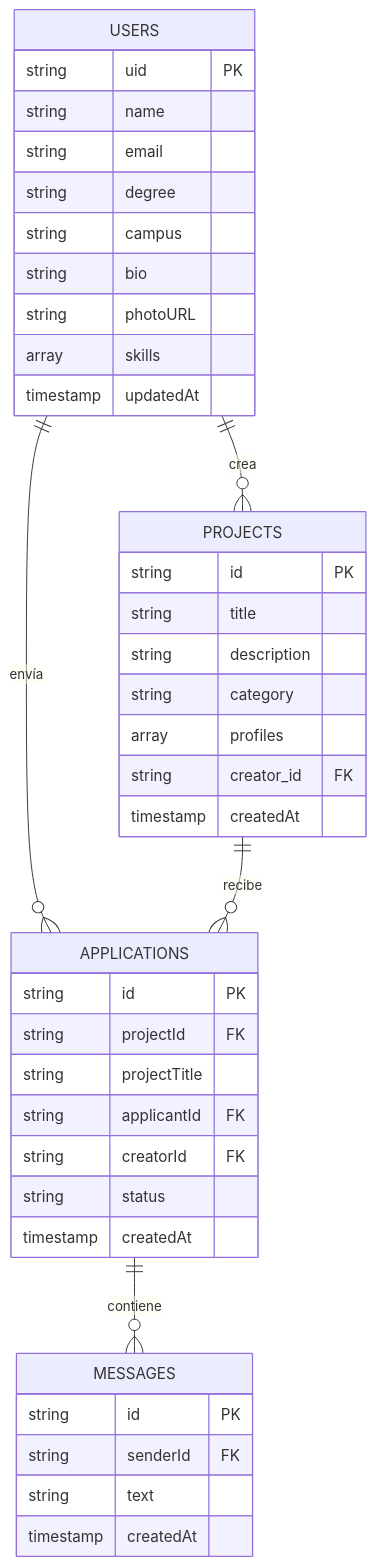
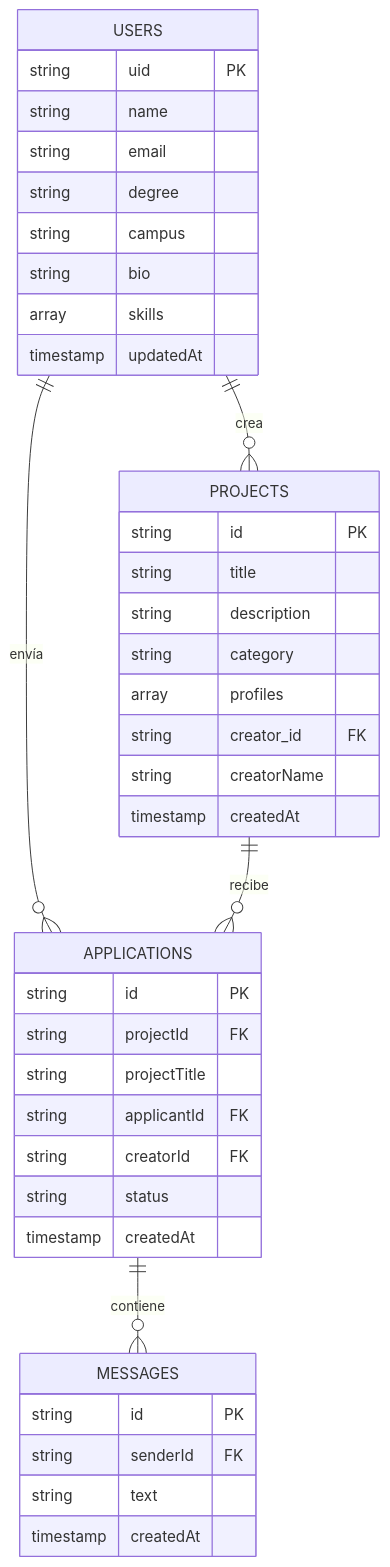
One commit to markusx5622/CoFound-UE changed the diagram in README.md. Above: the diagram before and after it, drawn with Mermaid. The commit also changed other lines of this file, not shown here.

````diff
--- a/README.md
+++ b/README.md
@@ -175,46 +191,46 @@
 ```mermaid
 erDiagram
     USERS ||--o{ PROJECTS : "crea"
     USERS ||--o{ APPLICATIONS : "envía"
     PROJECTS ||--o{ APPLICATIONS : "recibe"
     APPLICATIONS ||--o{ MESSAGES : "contiene"
 
     USERS {
         string uid PK
         string name
         string email
         string degree
         string campus
         string bio
-        string photoURL
         array skills
         timestamp updatedAt
     }
 
     PROJECTS {
         string id PK
         string title
         string description
         string category
         array profiles
         string creator_id FK
+        string creatorName
         timestamp createdAt
     }
 
     APPLICATIONS {
         string id PK
         string projectId FK
         string projectTitle
         string applicantId FK
         string creatorId FK
         string status
         timestamp createdAt
     }
 
     MESSAGES {
         string id PK
         string senderId FK
         string text
         timestamp createdAt
     }
 ```
````
